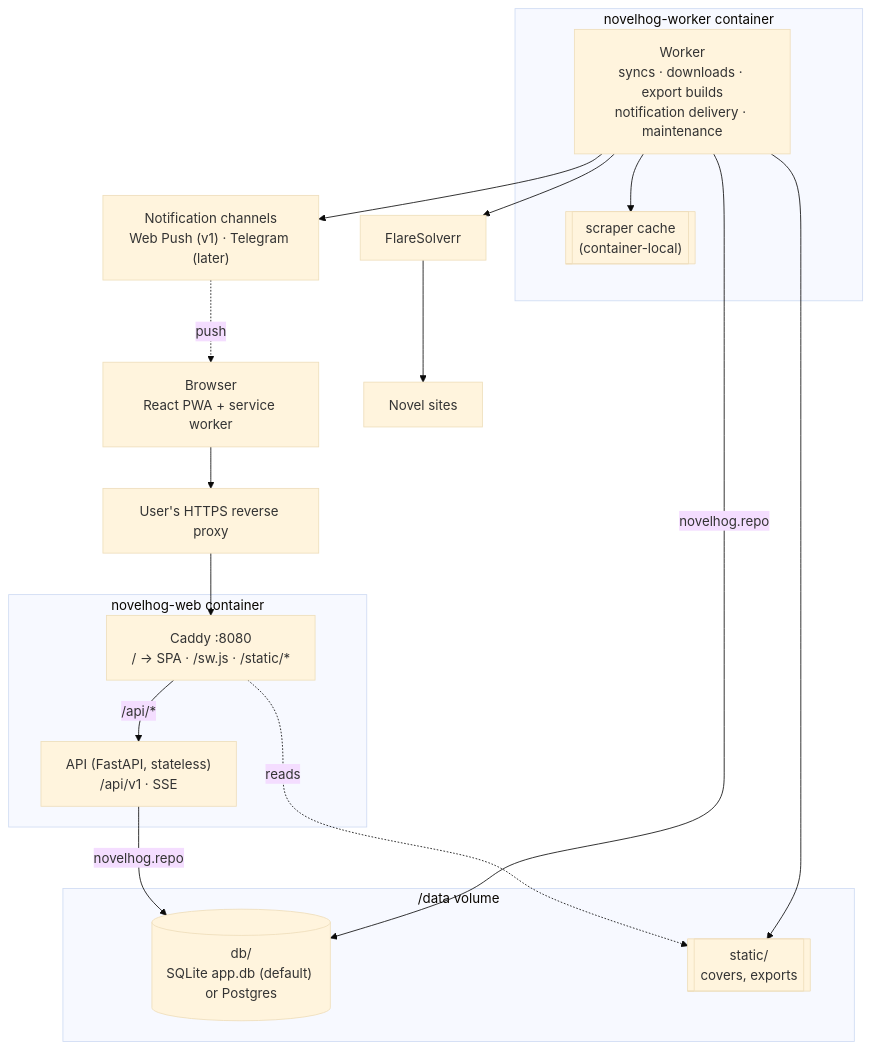
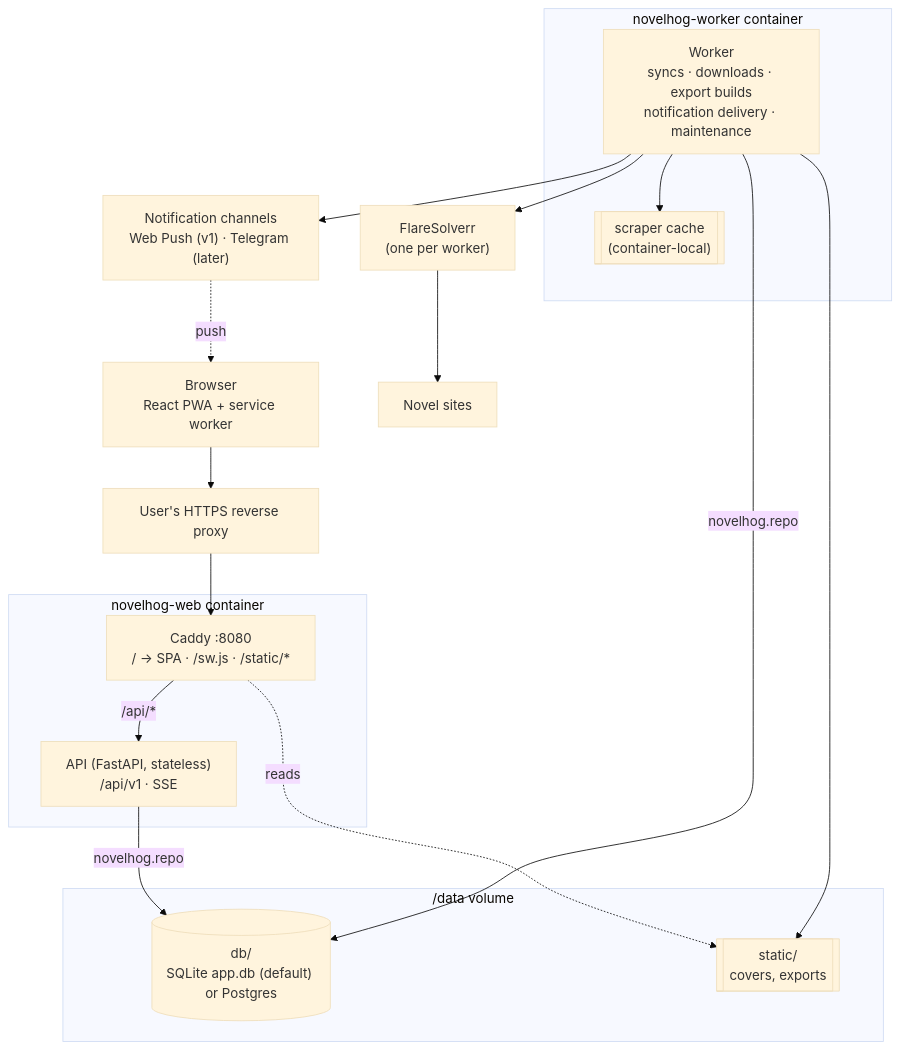
One commit to t3hk0d3/novelhog changed the first of 4 diagrams in docs/superpowers/specs/2026-10-18-novelhog-design.md. Above: the diagram before and after it, drawn with Mermaid (base theme). The commit also changed other lines of this file and 1 other file, not shown here.

First line of the commit message:
docs: pair every worker with its own FlareSolverr

````diff
--- a/docs/superpowers/specs/2026-10-18-novelhog-design.md
+++ b/docs/superpowers/specs/2026-10-18-novelhog-design.md
@@ -57,35 +57,35 @@
 ```mermaid
 flowchart TB
     browser["Browser<br/>React PWA + service worker"]
     proxy["User's HTTPS reverse proxy"]
 
     subgraph web["novelhog-web container"]
         caddy["Caddy :8080<br/>/ → SPA · /sw.js · /static/*"]
         api["API (FastAPI, stateless)<br/>/api/v1 · SSE"]
     end
 
     subgraph data["/data volume"]
         db[("db/<br/>SQLite app.db (default) or Postgres")]
         static[["static/<br/>covers, exports"]]
     end
 
     subgraph wk["novelhog-worker container"]
         worker["Worker<br/>syncs · downloads · export builds<br/>notification delivery · maintenance"]
         cache[["scraper cache<br/>(container-local)"]]
     end
 
-    flaresolverr["FlareSolverr"]
+    flaresolverr["FlareSolverr<br/>(one per worker)"]
     sites["Novel sites"]
     channels["Notification channels<br/>Web Push (v1) · Telegram (later)"]
 
     browser --> proxy --> caddy
     caddy -- "/api/*" --> api
     caddy -. "reads" .-> static
     api -- "novelhog.repo" --> db
     worker -- "novelhog.repo" --> db
     worker --> static
     worker --> cache
     worker --> flaresolverr --> sites
     worker --> channels
     channels -. "push" .-> browser
 ```
````
